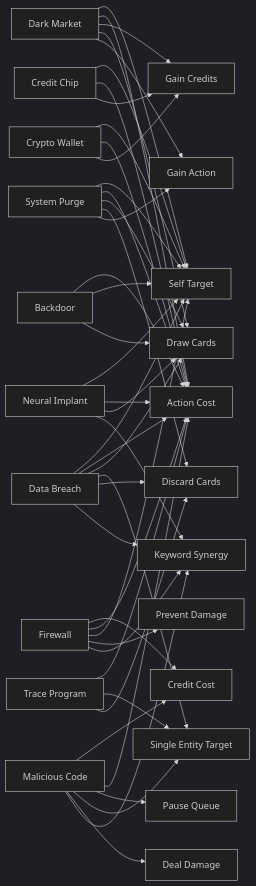
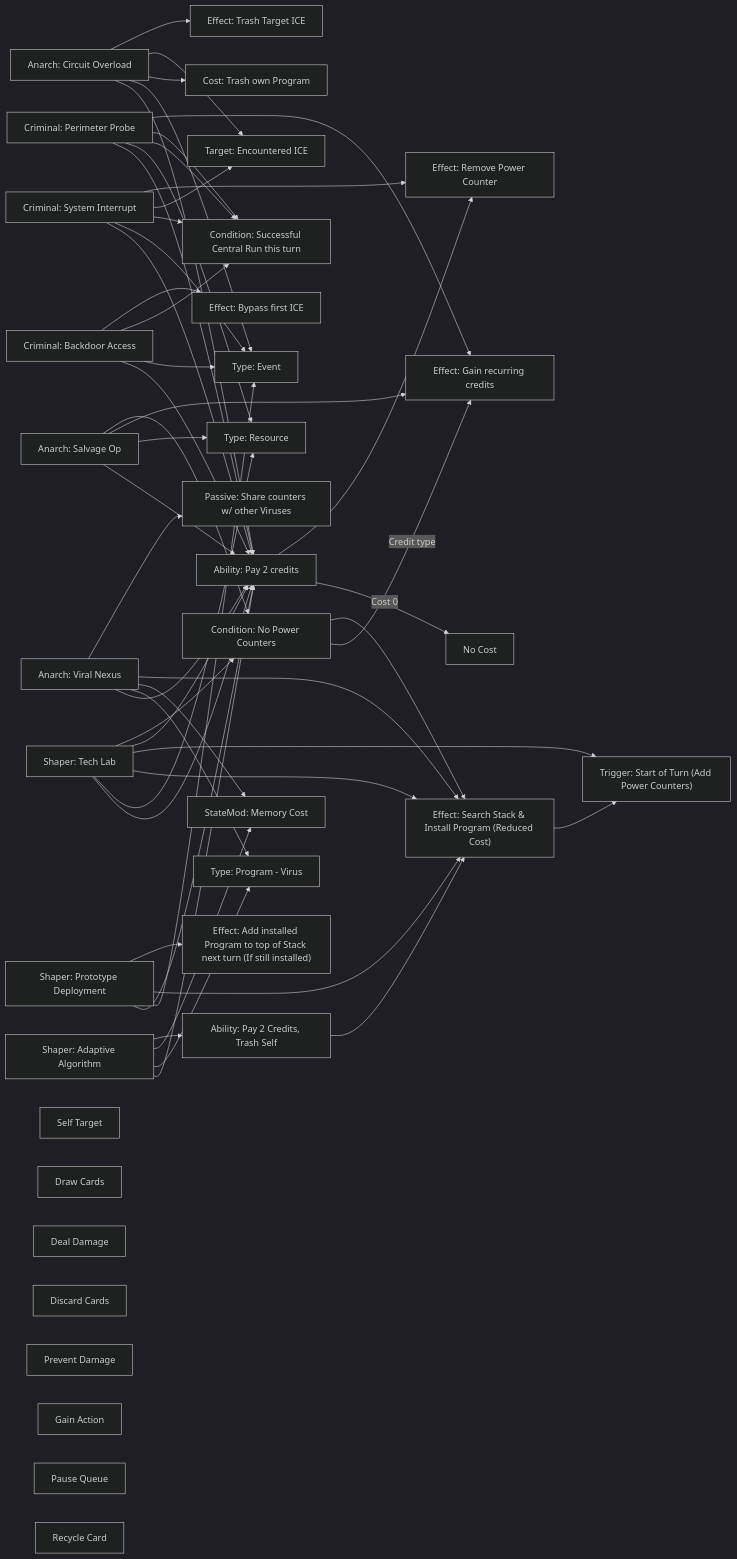
One commit to twilwa/MoreRunner changed the fourth of 5 diagrams in card_components_diagram.md. Above: the diagram before and after it, drawn with Mermaid (dark theme). The commit also changed other lines of this file and 5 other files, not shown here.

````diff
--- a/card_components_diagram.md
+++ b/card_components_diagram.md
@@ -238,17 +279,18 @@
 ```mermaid
 graph LR
-    %% Card nodes
-    CreditChip[Credit Chip]
-    CryptoWallet[Crypto Wallet]
-    DarkMarket[Dark Market]
-    MaliciousCode[Malicious Code]
-    DataBreach[Data Breach]
-    Firewall[Firewall]
-    SystemPurge[System Purge]
-    NeuralImplant[Neural Implant]
-    Backdoor[Backdoor]
-    TraceProgram[Trace Program]
-    
+    %% Card nodes (Examples from Design Docs)
+    BackdoorAccess[Criminal: Backdoor Access]
+    PerimeterProbe[Criminal: Perimeter Probe]
+    SystemInterrupt[Criminal: System Interrupt]
+
+    CircuitOverload[Anarch: Circuit Overload]
+    SalvageOp[Anarch: Salvage Op]
+    ViralNexus[Anarch: Viral Nexus]
+
+    PrototypeDeployment[Shaper: Prototype Deployment]
+    TechLab[Shaper: Tech Lab]
+    AdaptiveAlgorithm[Shaper: Adaptive Algorithm]
+
     %% Component nodes
     SelfTarget[Self Target]
     SingleTarget[Single Entity Target]
@@ -262,58 +304,64 @@
     GainAction[Gain Action]
     KeywordSynergy[Keyword Synergy]
     PauseQueue[Pause Queue]
-    
-    %% Card to component connections
-    CreditChip --> SelfTarget
-    CreditChip --> ActionCost
-    CreditChip --> GainCredits
-    
-    CryptoWallet --> SelfTarget
-    CryptoWallet --> ActionCost
-    CryptoWallet --> GainCredits
-    
-    DarkMarket --> SelfTarget
-    DarkMarket --> ActionCost
-    DarkMarket --> GainCredits
-    DarkMarket --> DrawCards
-    DarkMarket --> GainAction
-    
-    MaliciousCode --> CreditCost
-    MaliciousCode --> ActionCost
-    MaliciousCode --> PauseQueue
-    MaliciousCode --> SingleTarget
-    MaliciousCode --> DealDamage
-    MaliciousCode --> KeywordSynergy
-    
-    DataBreach --> SelfTarget
-    DataBreach --> ActionCost
-    DataBreach --> DrawCards
-    DataBreach --> SingleTarget
-    DataBreach --> DiscardCards
-    DataBreach --> KeywordSynergy
-    
-    Firewall --> CreditCost
-    Firewall --> ActionCost
-    Firewall --> SelfTarget
-    Firewall --> PreventDamage
-    Firewall --> KeywordSynergy
-    
-    SystemPurge --> SelfTarget
-    SystemPurge --> ActionCost
-    SystemPurge --> DrawCards
-    SystemPurge --> DiscardCards
-    SystemPurge --> GainAction
-    
-    NeuralImplant --> SelfTarget
-    NeuralImplant --> ActionCost
-    NeuralImplant --> DrawCards
-    NeuralImplant --> KeywordSynergy
-    
-    Backdoor --> ActionCost
-    Backdoor --> SelfTarget
-    Backdoor --> DrawCards
-    
-    TraceProgram --> ActionCost
-    TraceProgram --> SingleTarget
-    TraceProgram --> DiscardCards
+    BypassSecurity[Bypass Security]
+    TrashCost[Trash Cost]
+    TrashTargetCard[Trash Target Card]
+    InstallCard[Install Card]
+    AddCounters[Add Counters]
+    ModifyTarget[Modify Target]
+    RunCondition[Run Condition]
+    RecycleCard[Recycle Card]
+
+    %% Card to component connections (Simplified examples)
+    BackdoorAccess --> CreditCost
+    BackdoorAccess --> Event[Type: Event]
+    BackdoorAccess --> RunCondition["Condition: During Run"]
+    BackdoorAccess --> BypassSecurity["Effect: Bypass first ICE"]
+
+    PerimeterProbe --> CreditCost
+    PerimeterProbe --> Resource[Type: Resource]
+    PerimeterProbe --> RunCondition["Trigger: Start of turn (Name Server)"]
+    PerimeterProbe --> RunCondition["Trigger: Successful Run on Named Server"]
+    PerimeterProbe --> GainCredits["Effect: Gain Credits (instead of access)"]
+
+    SystemInterrupt --> CreditCost -- Cost 0 --> NoCreditCost[No Cost]
+    SystemInterrupt --> Event
+    SystemInterrupt --> RunCondition["Condition: Successful Central Run this turn"]
+    SystemInterrupt --> SingleTarget["Target: A piece of ICE"]
+    SystemInterrupt --> ModifyTarget["Effect: Deactivate ICE"]
+
+    CircuitOverload --> CreditCost
+    CircuitOverload --> Event
+    CircuitOverload --> TrashCost["Cost: Trash own Program"]
+    CircuitOverload --> SingleTarget["Target: Encountered ICE"]
+    CircuitOverload --> TrashTargetCard["Effect: Trash Target ICE"]
+
+    SalvageOp --> CreditCost
+    SalvageOp --> Resource
+    SalvageOp --> GainCredits["Effect: Gain recurring credits"]
+    SalvageOp --> ConditionalComponent["Condition: For trashing cards"] -- Credit type --> GainCredits
+
+    ViralNexus --> CreditCost
+    ViralNexus --> Program[Type: Program - Virus]
+    ViralNexus --> StateModificationComponent[StateMod: Memory Cost]
+    ViralNexus --> InstallCard["Effect: On Install"] --> AddCounters["Effect: Add Virus Counter"]
+    ViralNexus --> KeywordSynergy["Passive: Share counters w/ other Viruses"]
+
+    PrototypeDeployment --> CreditCost
+    PrototypeDeployment --> Event
+    PrototypeDeployment --> InstallCard["Effect: Search Stack & Install Program (Reduced Cost)"]
+    PrototypeDeployment --> ControlFlowComponent["Effect: Add installed Program to top of Stack next turn (If still installed)"]
+
+    TechLab --> CreditCost
+    TechLab --> Resource
+    TechLab --> InstallCard["Ability: Host Programs/Hardware"]
+    TechLab --> AddCounters["Trigger: Start of Turn (Add Power Counters)"]
+    TechLab --> CreditCost["Ability: Pay 2 credits"] --> ModifyTarget["Effect: Remove Power Counter"]
+    TechLab --> ConditionalComponent["Condition: No Power Counters"] --> InstallCard["Effect: Must Install Card"]
+
+    AdaptiveAlgorithm --> CreditCost
+    AdaptiveAlgorithm --> Program
+    AdaptiveAlgorithm --> StateModificationComponent[StateMod: Memory Cost]
+    AdaptiveAlgorithm --> ActionCost["Ability: Pay 2 Credits, Trash Self"] --> InstallCard["Effect: Search Stack & Install Program (Reduced Cost)"]
 ```
````
